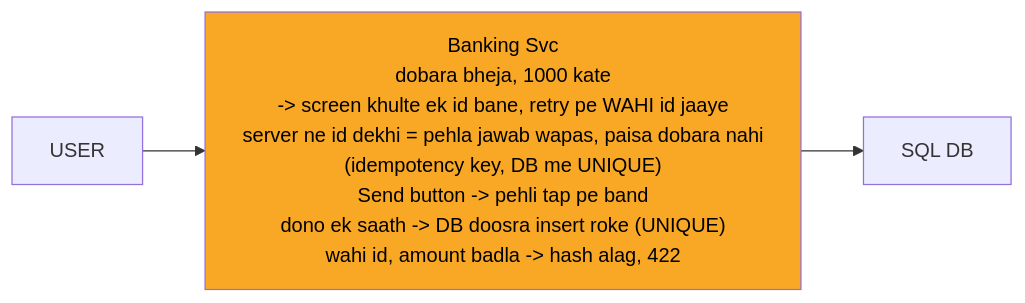
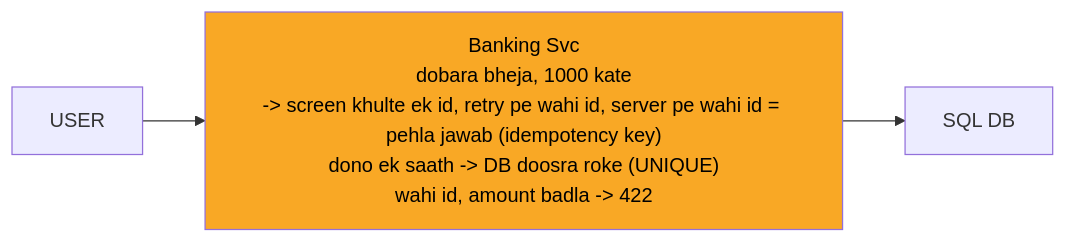
The diagram in 04_HLD/SYSTEM_DESIGNS/13_banking_system/img/c2.mmd (ArpanMaheshwari144/Prep), drawn with Mermaid before and after one commit. The commit also changed 76 other files, not shown here.

```diff
--- a/04_HLD/SYSTEM_DESIGNS/13_banking_system/img/c2.mmd
+++ b/04_HLD/SYSTEM_DESIGNS/13_banking_system/img/c2.mmd
@@ -1,8 +1,8 @@
 %%{init: {"flowchart": {"wrappingWidth": 450}}}%%
 flowchart LR
     n_USER["USER"]
-    n_SVC["Banking Svc<br/>dobara bheja, 1000 kate<br/>-> screen khulte ek id bane, retry pe WAHI id jaaye<br/>server ne id dekhi = pehla jawab wapas, paisa dobara nahi<br/>(idempotency key, DB me UNIQUE)<br/>Send button -> pehli tap pe band<br/>dono ek saath -> DB doosra insert roke (UNIQUE)<br/>wahi id, amount badla -> hash alag, 422"]
+    n_SVC["Banking Svc<br/>dobara bheja, 1000 kate<br/>-> screen khulte ek id, retry pe wahi id, server pe wahi id = pehla jawab (idempotency key)<br/>dono ek saath -> DB doosra roke (UNIQUE)<br/>wahi id, amount badla -> 422"]
     n_DB["SQL DB"]
     n_USER --> n_SVC
     n_SVC --> n_DB
     style n_SVC fill:#f9a825,color:#000
```
